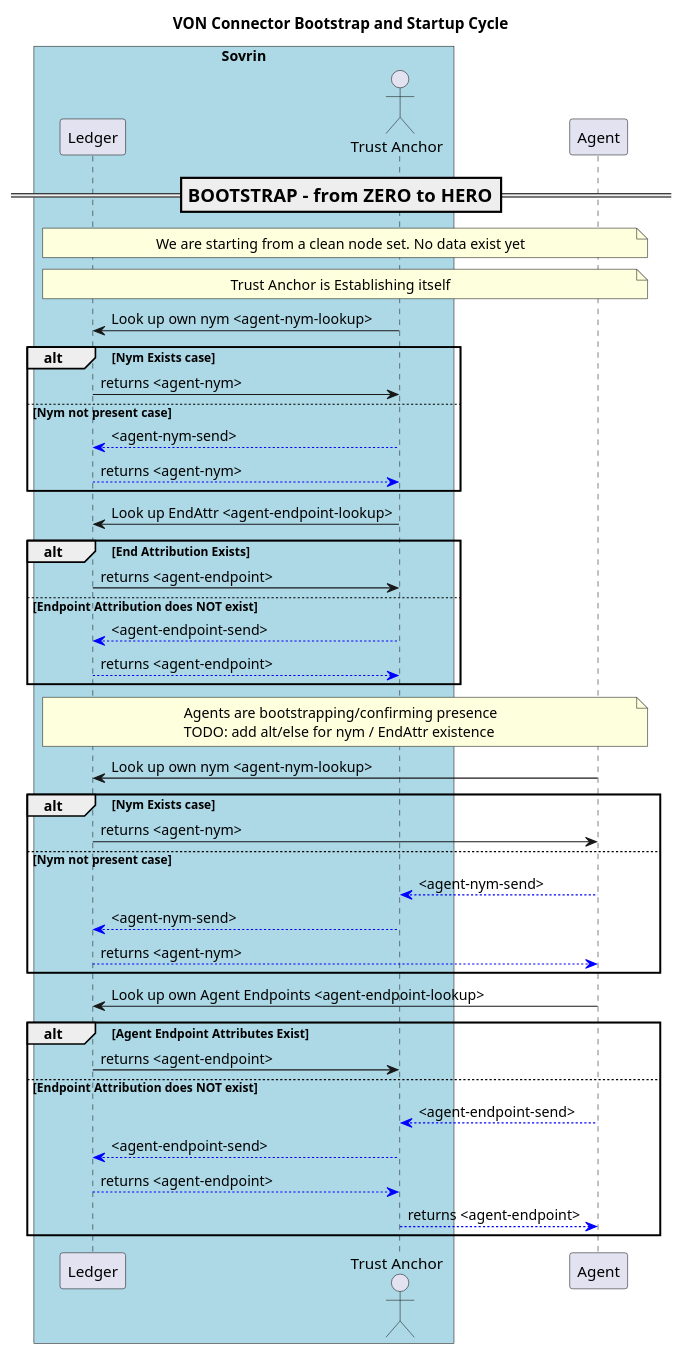
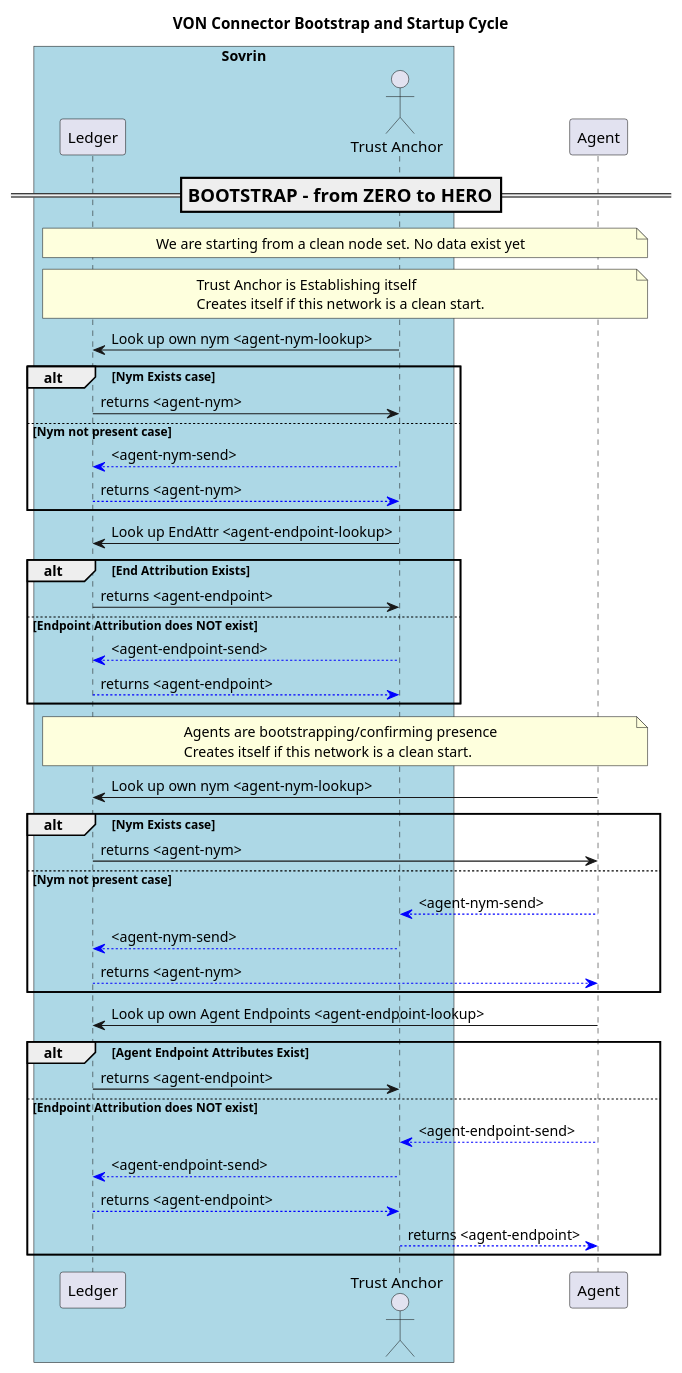
One commit to bcgov/von changed the diagram in models/BootstrappingSystem.puml. Above: the diagram before and after it, drawn with PlantUML.

Commit message:
minor cleanup

```diff
--- a/models/BootstrappingSystem.puml
+++ b/models/BootstrappingSystem.puml
@@ -1,67 +1,68 @@
 @startuml
 skinparam ParticipantPadding 20
 skinparam BoxPadding 20
 
 title VON Connector Bootstrap and Startup Cycle
 
 
 
 box "Sovrin" #LightBlue
   participant "Ledger" as Ledger
   actor "Trust Anchor" as TA
 endbox
 
 participant "Agent" as Ag
 
 
 === BOOTSTRAP - from ZERO to HERO ==
 note over Ledger, Ag
 We are starting from a clean node set. No data exist yet
 endnote
 
 
 note over Ledger, Ag
 Trust Anchor is Establishing itself
+Creates itself if this network is a clean start.
 endnote
 TA -> Ledger: Look up own nym <agent-nym-lookup>
 alt Nym Exists case
   Ledger -> TA: returns <agent-nym>
 else Nym not present case
   TA --[#blue]> Ledger: <agent-nym-send>
   Ledger --[#blue]> TA: returns <agent-nym>
 end
 
 TA -> Ledger: Look up EndAttr <agent-endpoint-lookup>
 alt End Attribution Exists
   Ledger -> TA: returns <agent-endpoint>
 else Endpoint Attribution does NOT exist
   TA --[#blue]> Ledger: <agent-endpoint-send>
   Ledger --[#blue]> TA: returns <agent-endpoint>
 end
 
 
 note over Ledger, Ag
 Agents are bootstrapping/confirming presence
-TODO: add alt/else for nym / EndAttr existence
+Creates itself if this network is a clean start.
 endnote
 Ag -> Ledger: Look up own nym <agent-nym-lookup>
 alt Nym Exists case
   Ledger -> Ag: returns <agent-nym>
 else Nym not present case
   Ag --[#blue]> TA: <agent-nym-send>
   TA --[#blue]> Ledger: <agent-nym-send>
   Ledger --[#blue]> Ag: returns <agent-nym>
 end
 
 Ag -> Ledger: Look up own Agent Endpoints <agent-endpoint-lookup>
 alt Agent Endpoint Attributes Exist
   Ledger -> TA: returns <agent-endpoint>
 else Endpoint Attribution does NOT exist
   Ag --[#blue]> TA: <agent-endpoint-send>
     TA --[#blue]> Ledger: <agent-endpoint-send>
     Ledger --[#blue]> TA: returns <agent-endpoint>
     TA --[#blue]> Ag: returns <agent-endpoint>
 end
 
 
 @enduml
```
